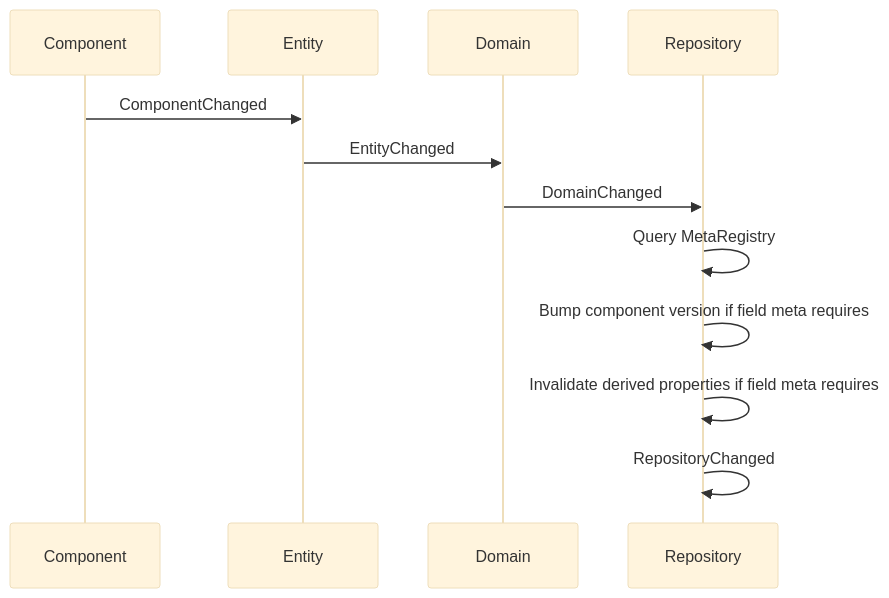
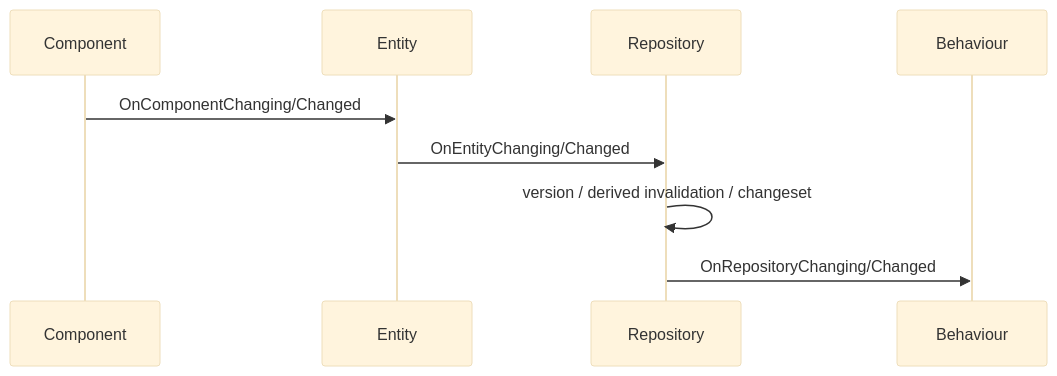
One commit to penguinchiang0609-ui/iCAX changed the diagram in doc/iCAX-Engine/Framework/Database/Database方案文档.md. Above: the diagram before and after it, drawn with Mermaid (base theme). The commit also changed other lines of this file and 153 other files, not shown here.

First line of the commit message:
Refactor framework runtime architecture

````diff
--- a/doc/iCAX-Engine/Framework/Database/Database方案文档.md
+++ b/doc/iCAX-Engine/Framework/Database/Database方案文档.md
@@ -341,15 +67,12 @@
 ```mermaid
 sequenceDiagram
     participant C as Component
     participant E as Entity
-    participant D as Domain
     participant R as Repository
+    participant B as Behaviour
 
-    C->>E: ComponentChanged
-    E->>D: EntityChanged
-    D->>R: DomainChanged
-    R->>R: Query MetaRegistry
-    R->>R: Bump component version if field meta requires
-    R->>R: Invalidate derived properties if field meta requires
-    R->>R: RepositoryChanged
+    C->>E: OnComponentChanging/Changed
+    E->>R: OnEntityChanging/Changed
+    R->>R: version / derived invalidation / changeset
+    R->>B: OnRepositoryChanging/Changed
 ```
````
